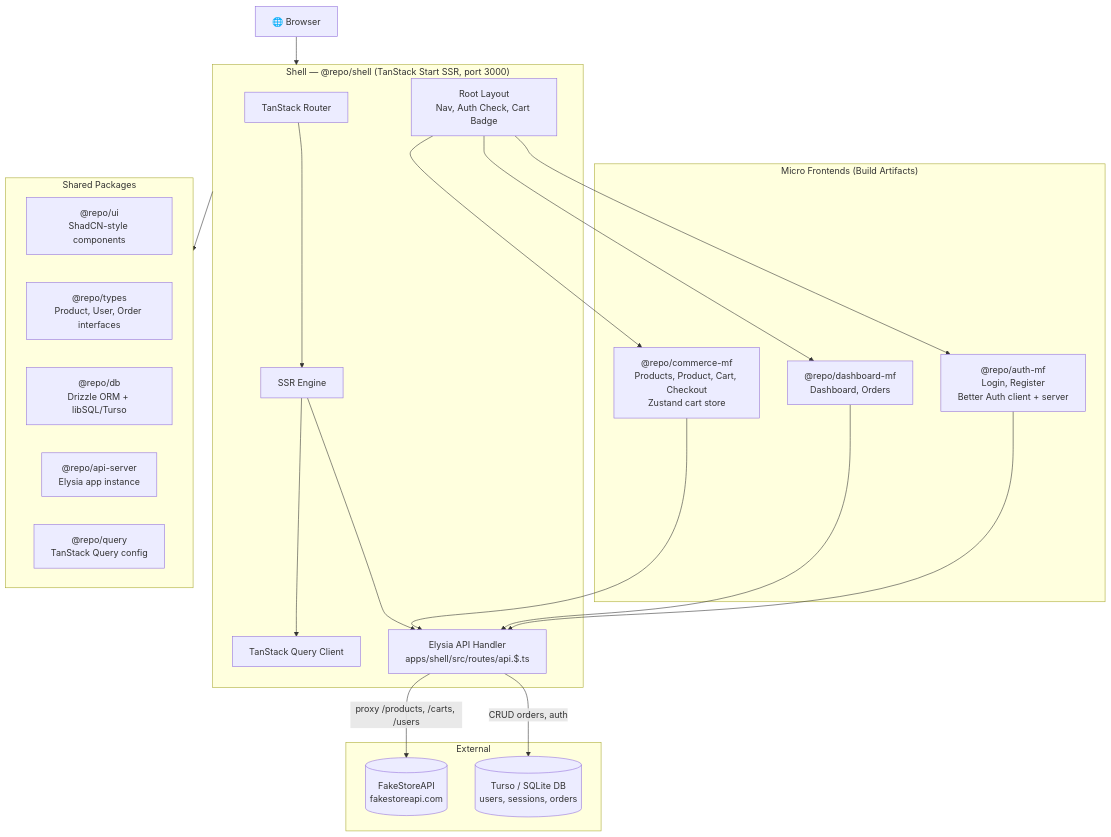
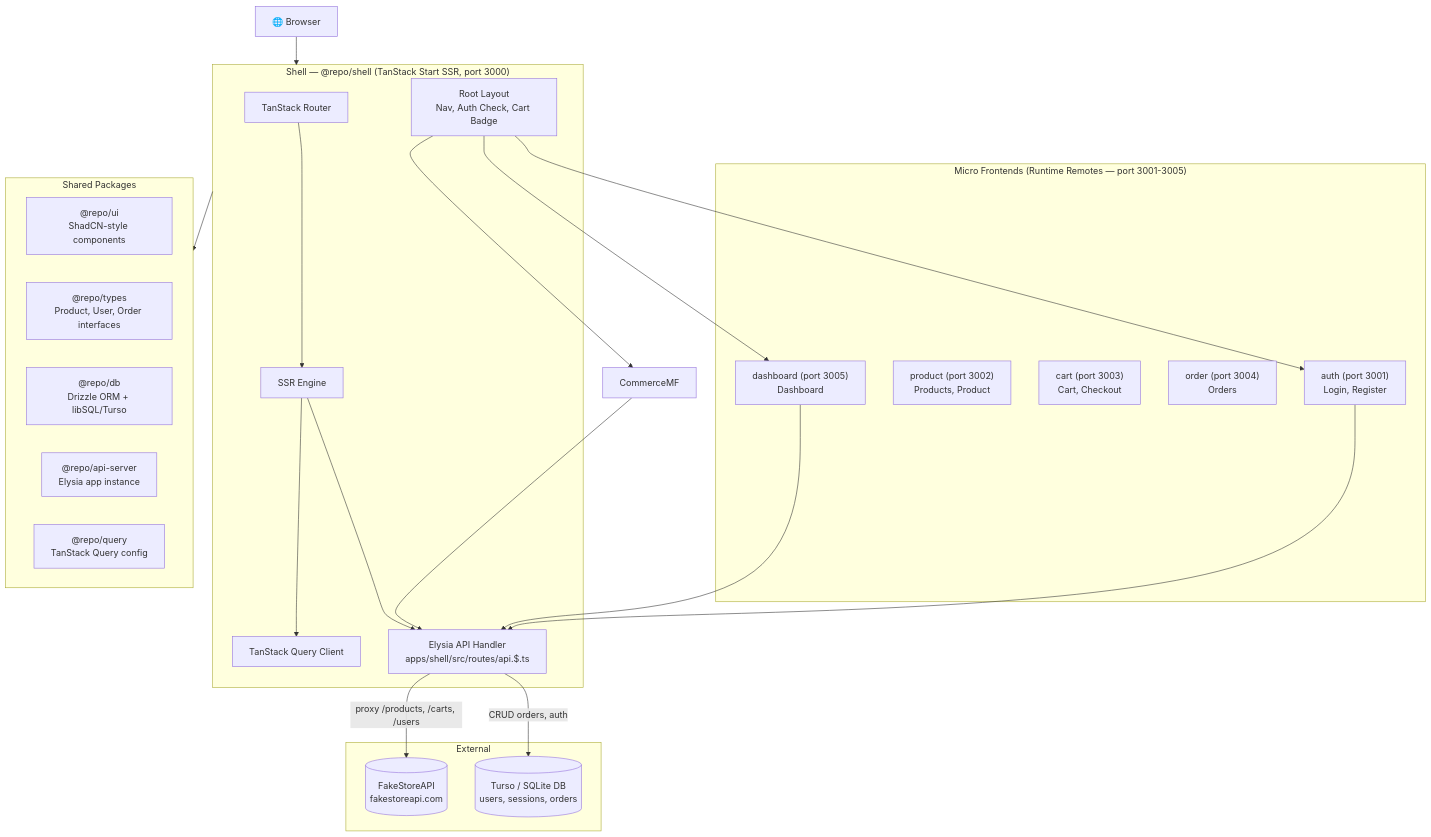
Before and after one commit to Its-Satyajit/MFECP: the first of 9 diagrams in docs/architecture.md, drawn with Mermaid. The commit also changed other lines of this file and 40 other files, not shown here.

````diff
--- a/docs/architecture.md
+++ b/docs/architecture.md
@@ -5,46 +5,48 @@
 ```mermaid
 flowchart TB
     Browser["🌐 Browser"]
 
     subgraph Shell["Shell — @repo/shell (TanStack Start SSR, port 3000)"]
         Router["TanStack Router"]
         Layout["Root Layout<br/>Nav, Auth Check, Cart Badge"]
         SSR["SSR Engine"]
         QClient["TanStack Query Client"]
         API["Elysia API Handler<br/>apps/shell/src/routes/api.$.ts"]
     end
 
-    subgraph MFEs["Micro Frontends (Build Artifacts)"]
-        AuthMF["@repo/auth-mf<br/>Login, Register<br/>Better Auth client + server"]
-        CommerceMF["@repo/commerce-mf<br/>Products, Product, Cart, Checkout<br/>Zustand cart store"]
-        DashboardMF["@repo/dashboard-mf<br/>Dashboard, Orders"]
+    subgraph MFEs["Micro Frontends (Runtime Remotes — port 3001-3005)"]
+        AuthMF["auth (port 3001)<br/>Login, Register"]
+        ProductMF["product (port 3002)<br/>Products, Product"]
+        CartMF["cart (port 3003)<br/>Cart, Checkout"]
+        OrderMF["order (port 3004)<br/>Orders"]
+        DashboardMF["dashboard (port 3005)<br/>Dashboard"]
     end
 
     subgraph Packages["Shared Packages"]
         UI["@repo/ui<br/>ShadCN-style components"]
         Types["@repo/types<br/>Product, User, Order interfaces"]
         DB["@repo/db<br/>Drizzle ORM + libSQL/Turso"]
         ApiServer["@repo/api-server<br/>Elysia app instance"]
         Query["@repo/query<br/>TanStack Query config"]
     end
 
     subgraph External["External"]
         FSA[("FakeStoreAPI<br/>fakestoreapi.com")]
         Turso[("Turso / SQLite DB<br/>users, sessions, orders")]
     end
 
     Browser --> Shell
     Layout --> AuthMF & CommerceMF & DashboardMF
     Router --> SSR
     SSR --> QClient
     SSR --> API
 
     CommerceMF --> API
     DashboardMF --> API
     AuthMF --> API
 
     API -->|proxy /products, /carts, /users| FSA
     API -->|CRUD orders, auth| Turso
 
     Shell --> Packages
 ```
````
